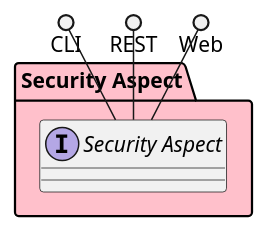
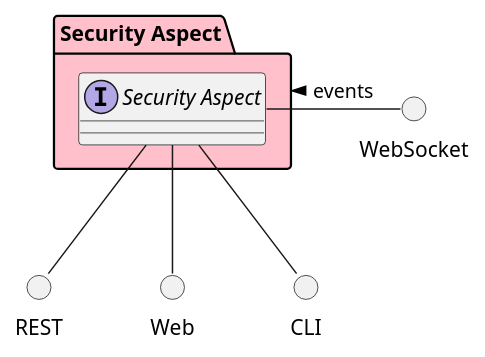
One commit to madajaju/sabr changed the diagram in docs/sabr/sa/subpackage.puml. Above: the diagram before and after it, drawn with PlantUML. The commit also changed 597 other files, not shown here.

```diff
--- a/docs/sabr/sa/subpackage.puml
+++ b/docs/sabr/sa/subpackage.puml
@@ -1,27 +1,34 @@
 @startuml
 
 
 package "Security Aspect" #pink {
 
 }
 
 
 package "Security Aspect" #pink {
 
     interface "Security Aspect" as i {
     
+    
     }
 }
 
-CLI ()-- i
-REST ()-- i
-Web ()-- i
+circle REST
+circle Web
+circle CLI
+circle WebSocket
+
+i -down- Web
+i -down- CLI
+i -down- REST
+WebSocket -left- i: events >
 
 package "Security Aspect" #pink {
 
 
 }
 
 
 
 @enduml
```
